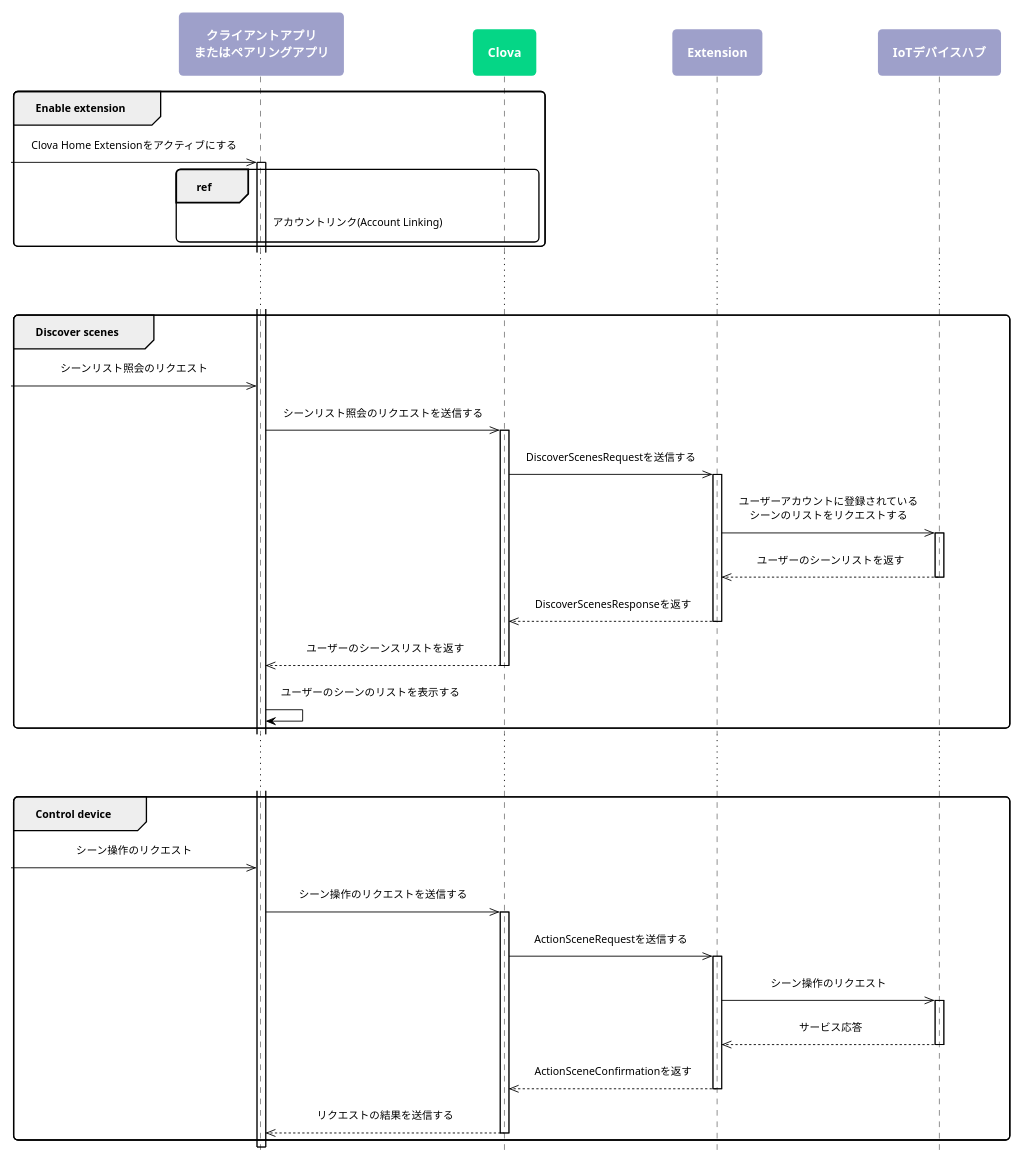
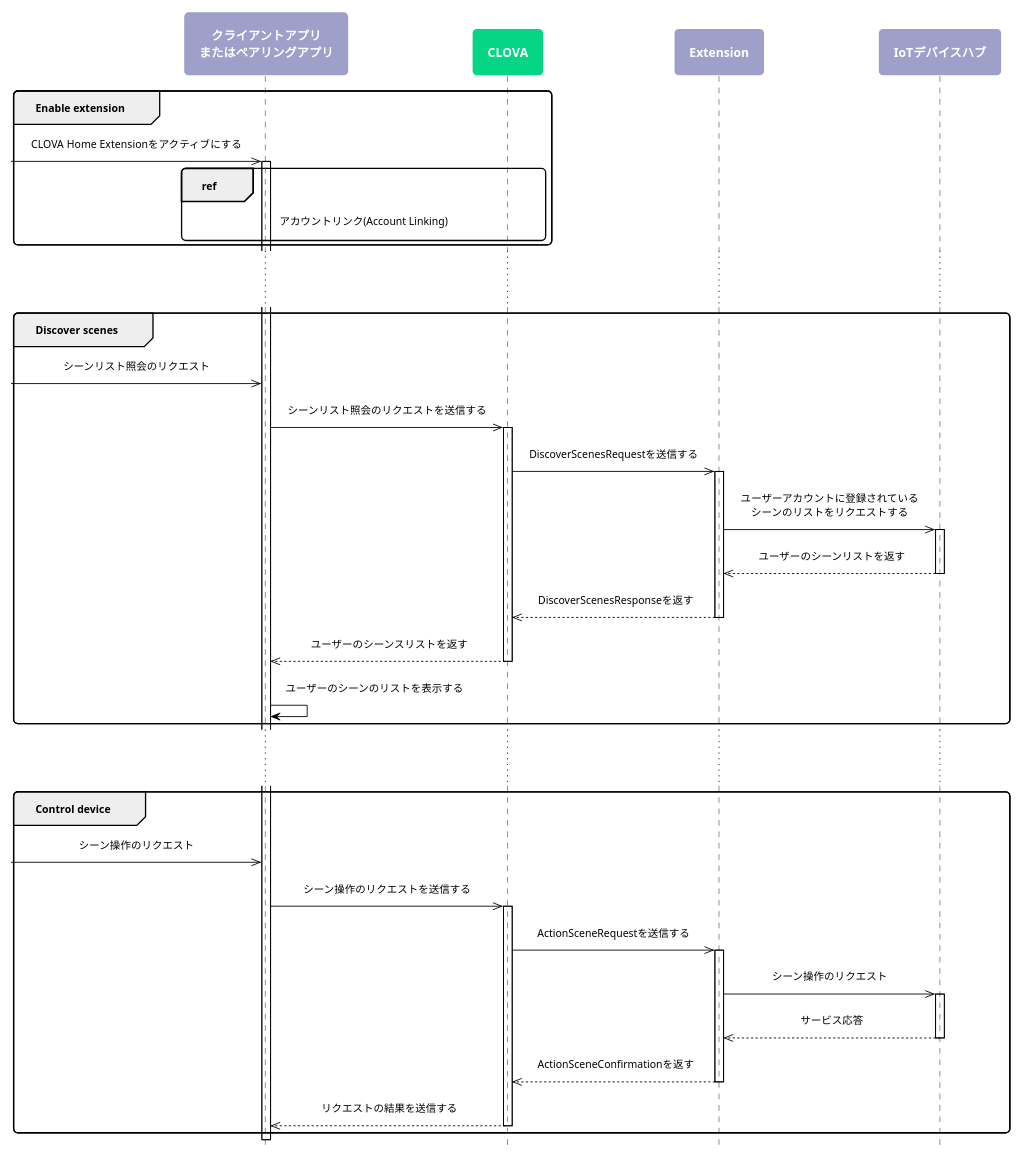
One commit to line/clova-developer-guide changed the diagram in ja-JP/CEK/Assets/Images/CEK_Clova_Home_Extension_Sequence_Diagram_2-ja.puml. Above: the diagram before and after it, drawn with PlantUML. The commit also changed 64 other files, not shown here.

```diff
--- a/ja-JP/CEK/Assets/Images/CEK_Clova_Home_Extension_Sequence_Diagram_2-ja.puml
+++ b/ja-JP/CEK/Assets/Images/CEK_Clova_Home_Extension_Sequence_Diagram_2-ja.puml
@@ -1,107 +1,107 @@
 scale max 880 width
 skinparam sequenceMessageAlign center
 skinparam shadowing false
 skinparam roundcorner 10
 skinparam padding 10
 skinparam defaultFontSize 12
 skinparam defaultFontName sans-serif
 skinparam sequence {
 	ArrowColor #000000
 	ActorBorderColor #000000
 	ActorFontStyle Bolder
 
 	LifeLineBorderColor #000000
 	LifeLineBackgroundColor transparent
 	ParticipantBorderColor transparent
 	ParticipantFontSize 14
 	ParticipantFontColor #ffffff
 	ParticipantFontStyle bold
 
 	BoxBorderColor #000000
 	BoxFontColor #ffffff
     BoxFontSize 14
     BoxFontStyle bold
 }
 skinparam note {
 	BackgroundColor #9EA0CA
 	BorderColor #ffffff
 	FontColor #ffffff
 	FontSize 14
 	FontStyle bold
 }
 hide footbox
 
 participant "クライアントアプリ\nまたはペアリングアプリ" as client #9EA0CA
-participant "Clova" as clova #05D686
+participant "CLOVA" as clova #05D686
 participant "Extension" as ext #9EA0CA
 participant "IoTデバイスハブ" as hub #9EA0CA
 
 group Enable extension
 
-  [->> client: Clova Home Extensionをアクティブにする
+  [->> client: CLOVA Home Extensionをアクティブにする
 
   activate client
 
   ref over client, clova: アカウントリンク(Account Linking)
 
 end
 
 ... ...
 
 group Discover scenes
 
   [->> client: シーンリスト照会のリクエスト
   client ->> clova: シーンリスト照会のリクエストを送信する
 
   activate clova
 
     clova ->> ext: DiscoverScenesRequestを送信する
 
     activate ext
 
       ext ->> hub: ユーザーアカウントに登録されている\nシーンのリストをリクエストする
 
       activate hub
         hub -->> ext: ユーザーのシーンリストを返す
       deactivate hub
 
       ext -->> clova: DiscoverScenesResponseを返す
 
     deactivate ext
 
     clova -->> client: ユーザーのシーンスリストを返す
 
   deactivate clova
 
   client -> client: ユーザーのシーンのリストを表示する
 
 end
 
 ... ...
 
 group Control device
 
   [->> client: シーン操作のリクエスト
   client ->> clova: シーン操作のリクエストを送信する
 
   activate clova
 
     clova ->> ext: ActionSceneRequestを送信する
 
     activate ext
 
       ext ->> hub: シーン操作のリクエスト
 
       activate hub
         hub -->> ext: サービス応答
       deactivate hub
 
       ext -->> clova: ActionSceneConfirmationを返す
 
     deactivate ext
 
     clova -->> client: リクエストの結果を送信する
 
   deactivate clova
 
 end
```
